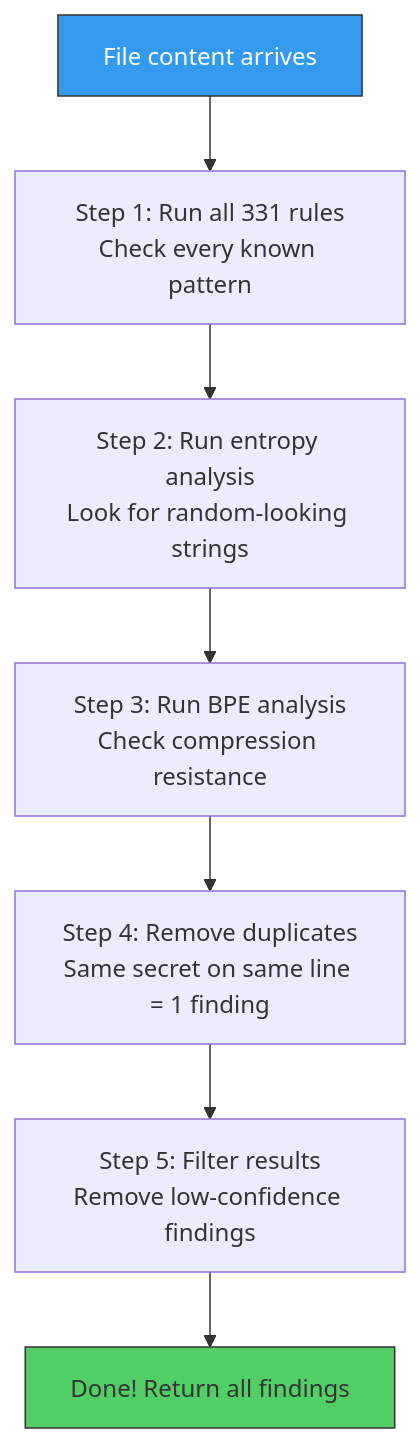
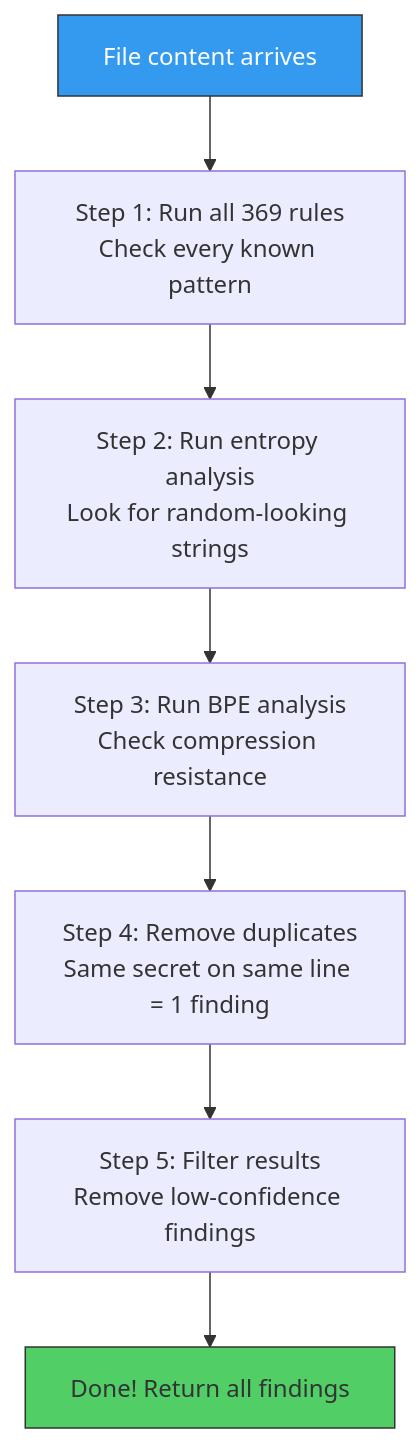
Diagram 12 of 30 in docs/training/00-System-Design-Simplified.md (svemulapati/CredVigil), drawn with Mermaid before and after one commit. The commit also changed other lines of this file and 20 other files, not shown here.

````diff
--- a/docs/training/00-System-Design-Simplified.md
+++ b/docs/training/00-System-Design-Simplified.md
@@ -532,12 +532,12 @@
 ```mermaid
 flowchart TD
-    START["File content arrives"] --> RULES["Step 1: Run all 331 rules<br/>Check every known pattern"]
+    START["File content arrives"] --> RULES["Step 1: Run all 369 rules<br/>Check every known pattern"]
     RULES --> ENTROPY["Step 2: Run entropy analysis<br/>Look for random-looking strings"]
     ENTROPY --> BPE["Step 3: Run BPE analysis<br/>Check compression resistance"]
     BPE --> DEDUP["Step 4: Remove duplicates<br/>Same secret on same line = 1 finding"]
     DEDUP --> FILTER["Step 5: Filter results<br/>Remove low-confidence findings"]
     FILTER --> DONE["Done! Return all findings"]
 
     style START fill:#339af0,stroke:#333,color:#fff
     style DONE fill:#51cf66,stroke:#333
 ```
````
